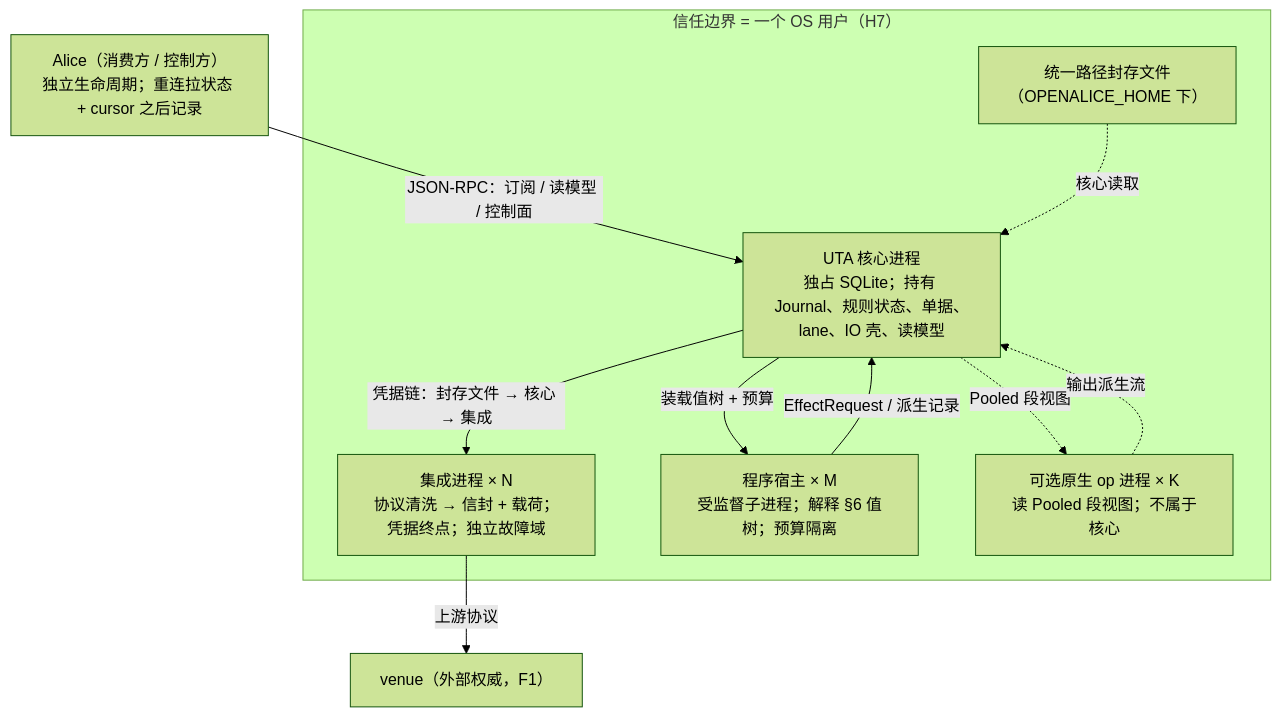
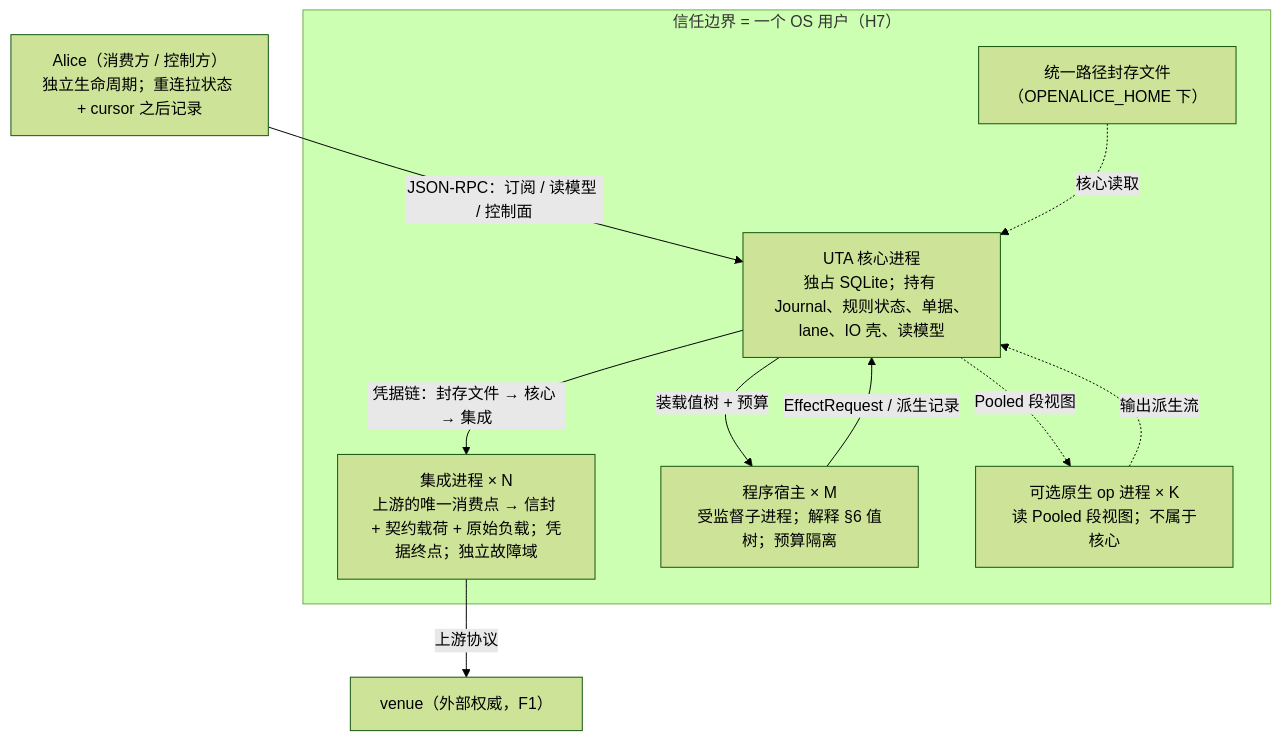
The first of 2 diagrams in design/core/07-processes-and-storage.md (mouriya-s-lab/uta), drawn with Mermaid (forest theme) before and after one commit. The commit also changed other lines of this file and 15 other files, not shown here.

````diff
--- a/design/core/07-processes-and-storage.md
+++ b/design/core/07-processes-and-storage.md
@@ -14,20 +14,20 @@
 ```mermaid
 flowchart TB
   subgraph OSUSER["信任边界 = 一个 OS 用户（H7）"]
     CORE["UTA 核心进程<br/>独占 SQLite；持有 Journal、规则状态、单据、lane、IO 壳、读模型"]
-    INT["集成进程 × N<br/>协议清洗 → 信封 + 载荷；凭据终点；独立故障域"]
+    INT["集成进程 × N<br/>上游的唯一消费点 → 信封 + 契约载荷 + 原始负载；凭据终点；独立故障域"]
     HOST["程序宿主 × M<br/>受监督子进程；解释 §6 值树；预算隔离"]
     HPCOP["可选原生 op 进程 × K<br/>读 Pooled 段视图；不属于核心"]
     SEAL["统一路径封存文件<br/>（OPENALICE_HOME 下）"]
   end
   ALICE["Alice（消费方 / 控制方）<br/>独立生命周期；重连拉状态 + cursor 之后记录"]
   VENUE["venue（外部权威，F1）"]
   ALICE -->|JSON-RPC：订阅 / 读模型 / 控制面| CORE
   CORE -->|凭据链：封存文件 → 核心 → 集成| INT
   SEAL -.核心读取.-> CORE
   INT -->|上游协议| VENUE
   CORE -->|装载值树 + 预算| HOST
   HOST -->|EffectRequest / 派生记录| CORE
   CORE -.Pooled 段视图.-> HPCOP
   HPCOP -.输出派生流.-> CORE
 ```
````
